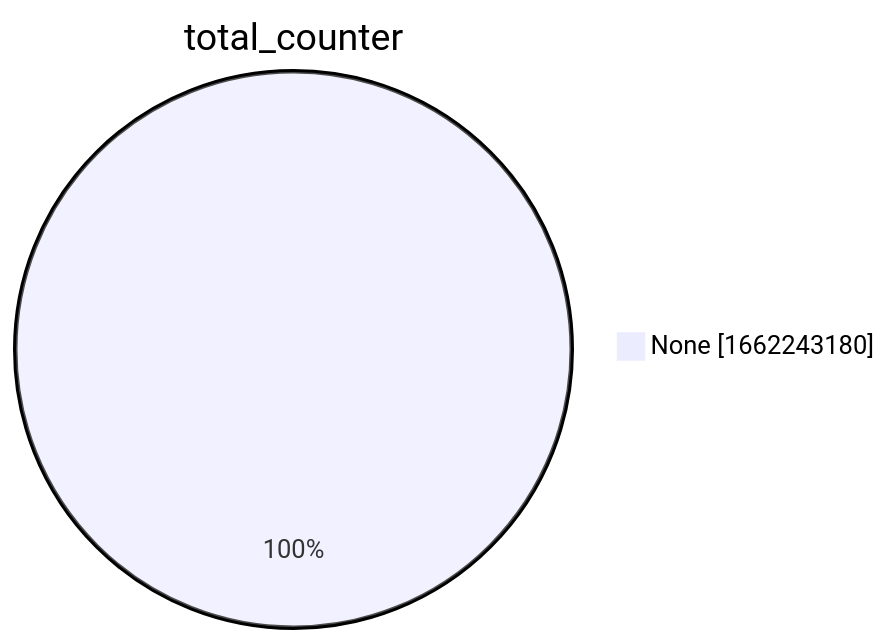
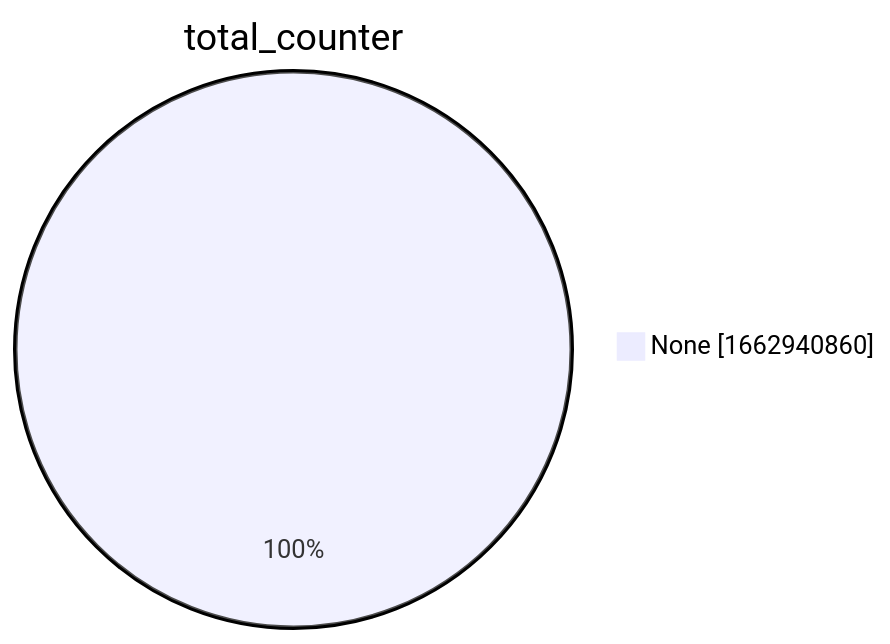
One commit to christiankrug/ctmonitor_visualization changed the second of 15 diagrams in xenon2022/README.md. Above: the diagram before and after it, drawn with Mermaid. The commit also changed other lines of this file, not shown here.

````diff
--- a/xenon2022/README.md
+++ b/xenon2022/README.md
@@ -9,5 +9,5 @@
 ```mermaid
 pie showData
 title total_counter
-"None" :1662243180
+"None" :1662940860
 ```
````
